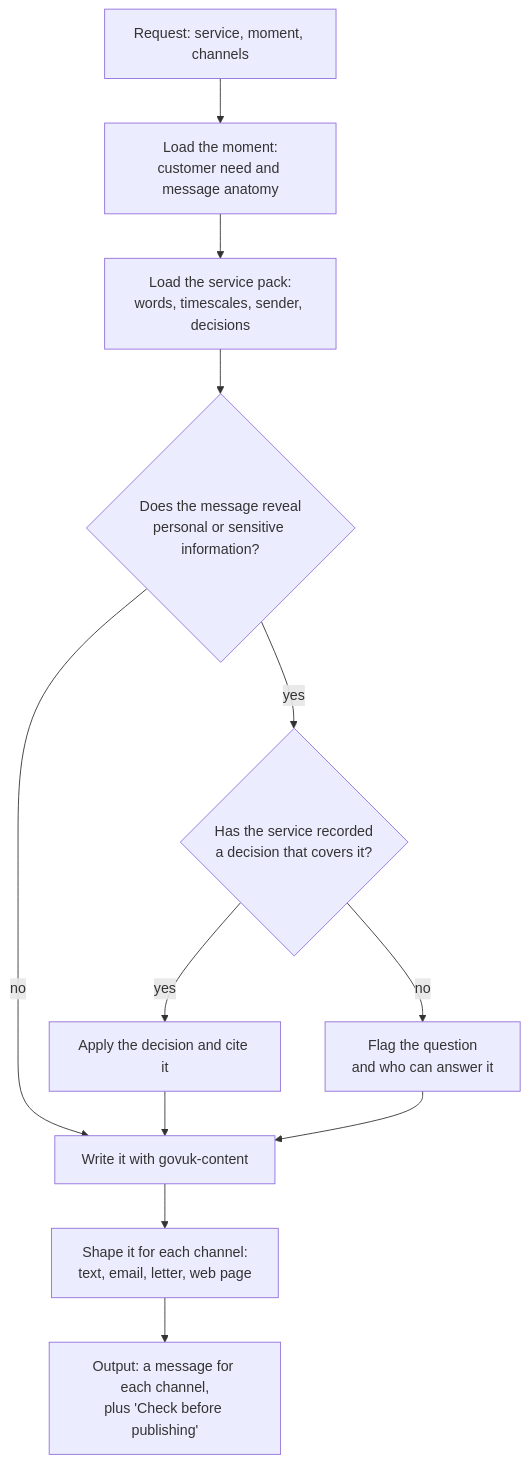
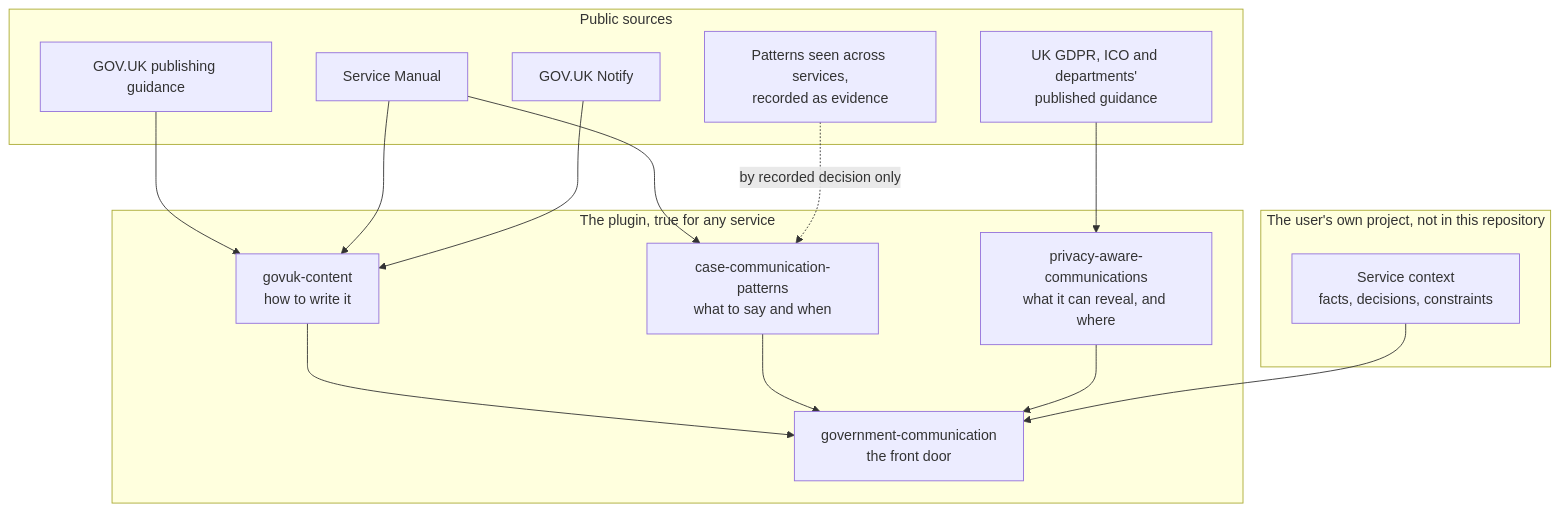
One commit to strachcity/gov-communication-skills changed the second of 4 diagrams in ARCHITECTURE.md. Above: the diagram before and after it, drawn with Mermaid. The commit also changed other lines of this file and 17 other files, not shown here.

First line of the commit message:
Make the repository service-agnostic

````diff
--- a/ARCHITECTURE.md
+++ b/ARCHITECTURE.md
@@ -157,14 +61,32 @@
 ```mermaid
 flowchart TB
-    A["Request: service, moment, channels"] --> B["Load the moment:<br/>customer need and message anatomy"]
-    B --> C["Load the service pack:<br/>words, timescales, sender, decisions"]
-    C --> D{"Does the message reveal<br/>personal or sensitive information?"}
-    D -- "no" --> G
-    D -- "yes" --> E{"Has the service recorded<br/>a decision that covers it?"}
-    E -- "yes" --> F["Apply the decision and cite it"]
-    E -- "no" --> X["Flag the question<br/>and who can answer it"]
-    F --> G["Write it with govuk-content"]
-    X --> G
-    G --> H["Shape it for each channel:<br/>text, email, letter, web page"]
-    H --> I["Output: a message for each channel,<br/>plus 'Check before publishing'"]
+    subgraph sources["Public sources"]
+        S1["GOV.UK publishing guidance"]
+        S2["Service Manual"]
+        S3["GOV.UK Notify"]
+        S4["UK GDPR, ICO and departments'<br/>published guidance"]
+        S5["Patterns seen across services,<br/>recorded as evidence"]
+    end
+
+    subgraph plugin["The plugin, true for any service"]
+        G1["govuk-content<br/>how to write it"]
+        G2["case-communication-patterns<br/>what to say and when"]
+        G3["privacy-aware-communications<br/>what it can reveal, and where"]
+        O["government-communication<br/>the front door"]
+    end
+
+    subgraph user["The user's own project, not in this repository"]
+        SC["Service context<br/>facts, decisions, constraints"]
+    end
+
+    S1 --> G1
+    S2 --> G1
+    S3 --> G1
+    S2 --> G2
+    S5 -.->|"by recorded decision only"| G2
+    S4 --> G3
+    G1 --> O
+    G2 --> O
+    G3 --> O
+    SC --> O
 ```
````
